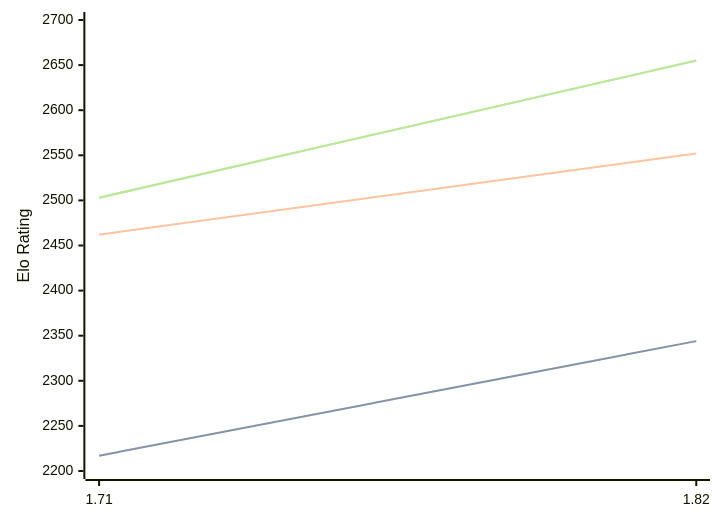
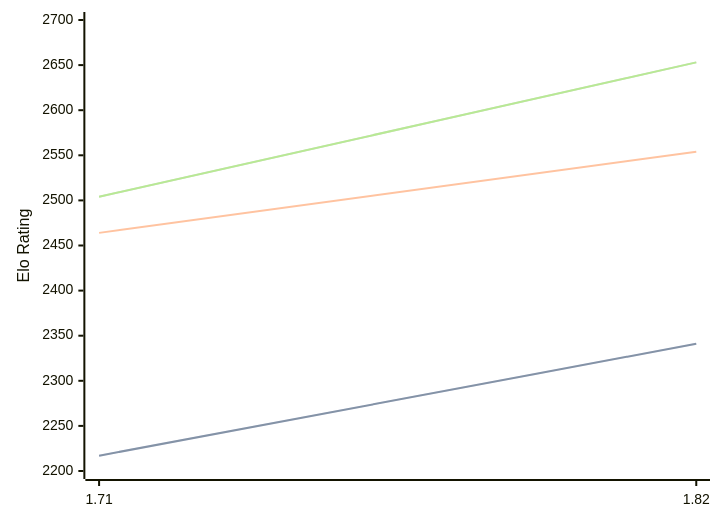
One commit to computer-chess-index/cci changed the diagram in engines/Amira.md. Above: the diagram before and after it, drawn with Mermaid. The commit also changed other lines of this file, not shown here.

Commit message:
Update CCI Ratings (ELO VLTC) - 2026-04-11

````diff
--- a/engines/Amira.md
+++ b/engines/Amira.md
@@ -35,11 +35,11 @@
 ```mermaid
 %%{init: {"theme":"base","themeVariables":{"seriesColors:['#a3a3a3','#222221','#faa371']}}}%%
 xychart-beta
   x-axis ["1.71", "1.82"]
   y-axis "Elo Rating" 2200 --> 2700
-  line "STC (8.0+0.08s)" [2217, 2344]
-  line "STC (8.0+0.08s)" [2217, 2344]
-  line "LTC (60.0+0.60s)" [2462, 2552]
-  line "VLTC (2m24s+1.12s)" [2503, 2655]
-  line "VLTC (2m24s+1.12s)" [2503, 2655]
+  line "STC (8.0+0.08s)" [2217, 2341]
+  line "STC (8.0+0.08s)" [2217, 2341]
+  line "LTC (60.0+0.60s)" [2464, 2554]
+  line "VLTC (2m24s+1.12s)" [2504, 2653]
+  line "VLTC (2m24s+1.12s)" [2504, 2653]
 ```
````
